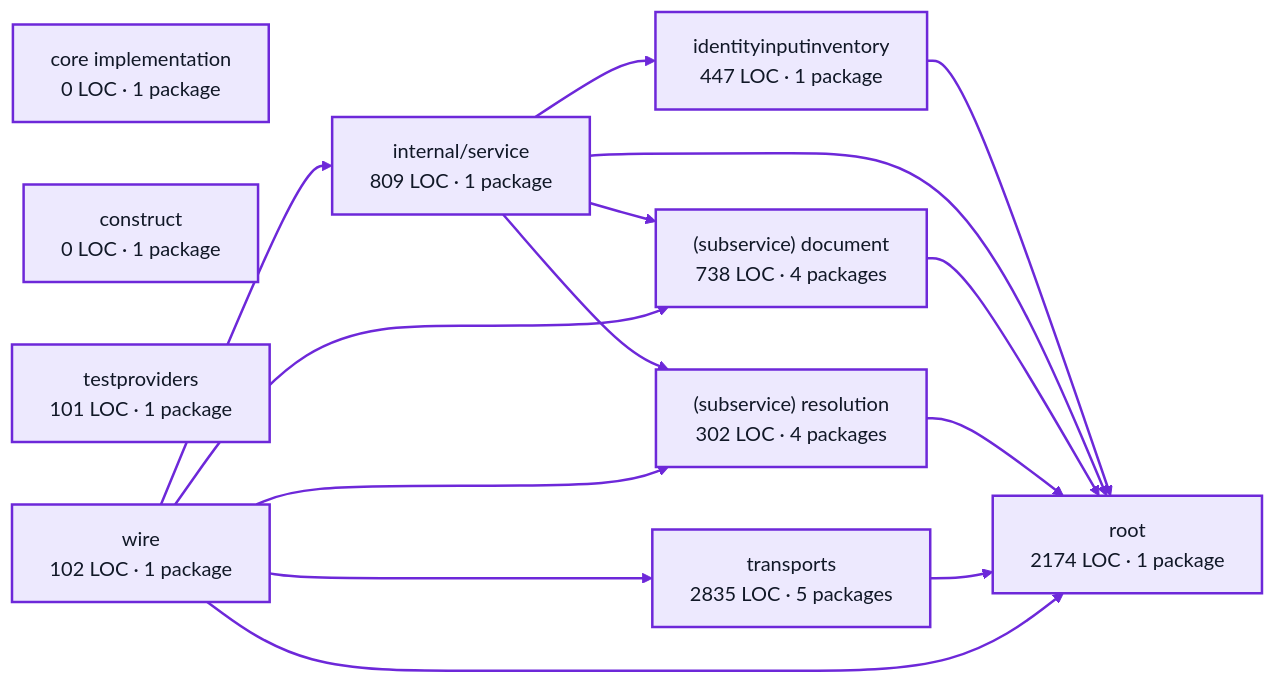
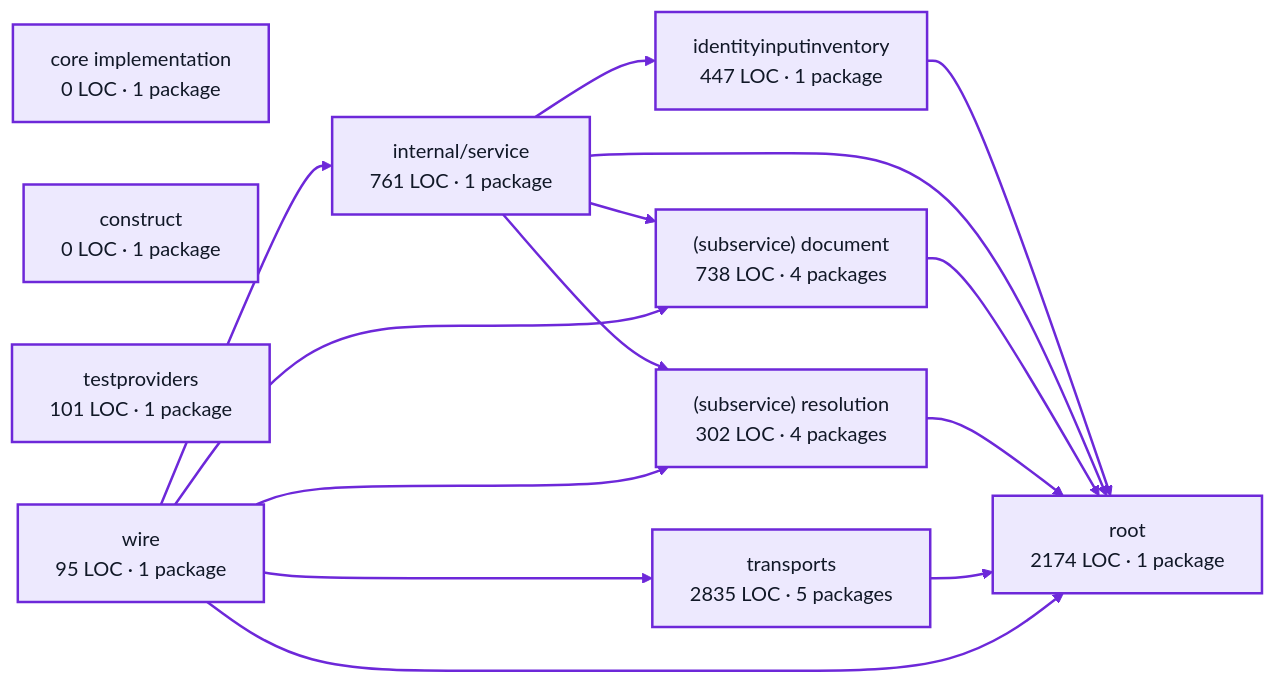
One commit to portpowered/you-agent-factory changed the diagram in docs/architecture/visualizations/services/operator_settings.md. Above: the diagram before and after it, drawn with Mermaid. The commit also changed other lines of this file and 20 other files, not shown here.

Commit message:
docs: refresh backend architecture visualizations

````diff
--- a/docs/architecture/visualizations/services/operator_settings.md
+++ b/docs/architecture/visualizations/services/operator_settings.md
@@ -11,37 +11,37 @@
 ```mermaid
 flowchart LR
   p0["core implementation<br/>0 LOC · 1 package"]
   p1["construct<br/>0 LOC · 1 package"]
   p2["identityinputinventory<br/>447 LOC · 1 package"]
-  p3["internal/service<br/>809 LOC · 1 package"]
+  p3["internal/service<br/>761 LOC · 1 package"]
   p4["(subservice) document<br/>738 LOC · 4 packages"]
   p5["(subservice) resolution<br/>302 LOC · 4 packages"]
   p6["testproviders<br/>101 LOC · 1 package"]
   p7["root<br/>2174 LOC · 1 package"]
   p8["transports<br/>2835 LOC · 5 packages"]
-  p9["wire<br/>102 LOC · 1 package"]
+  p9["wire<br/>95 LOC · 1 package"]
   p2 --> p7
   p3 --> p2
   p3 --> p4
   p3 --> p5
   p3 --> p7
   p4 --> p7
   p5 --> p7
   p8 --> p7
   p9 --> p3
   p9 --> p4
   p9 --> p5
   p9 --> p7
   p9 --> p8
   style p0 fill:#ede9fe,stroke:#6d28d9,stroke-width:2px,color:#111827
   style p1 fill:#ede9fe,stroke:#6d28d9,stroke-width:2px,color:#111827
   style p2 fill:#ede9fe,stroke:#6d28d9,stroke-width:2px,color:#111827
   style p3 fill:#ede9fe,stroke:#6d28d9,stroke-width:2px,color:#111827
   style p4 fill:#ede9fe,stroke:#6d28d9,stroke-width:2px,color:#111827
   style p5 fill:#ede9fe,stroke:#6d28d9,stroke-width:2px,color:#111827
   style p6 fill:#ede9fe,stroke:#6d28d9,stroke-width:2px,color:#111827
   style p7 fill:#ede9fe,stroke:#6d28d9,stroke-width:2px,color:#111827
   style p8 fill:#ede9fe,stroke:#6d28d9,stroke-width:2px,color:#111827
   style p9 fill:#ede9fe,stroke:#6d28d9,stroke-width:2px,color:#111827
   linkStyle default stroke:#6d28d9,stroke-width:2px
 ```
````
